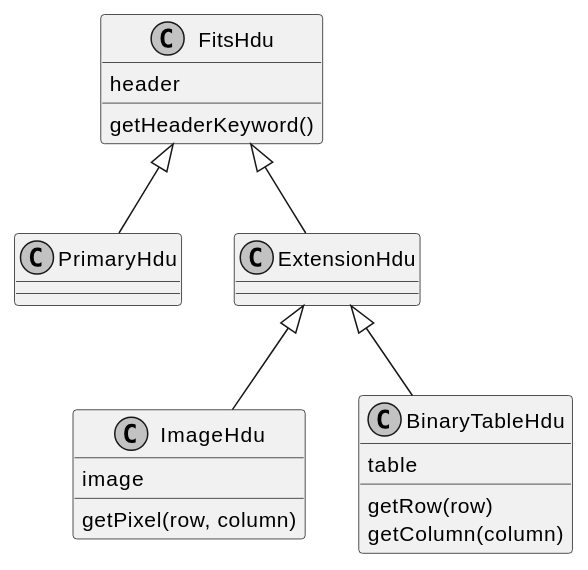
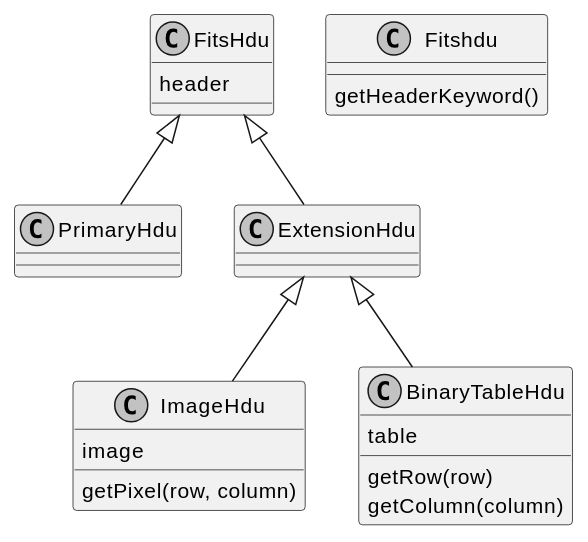
One commit to zot/Leisure changed the diagram in elisp/README.org. Above: the diagram before and after it, drawn with PlantUML. The commit also changed other lines of this file and 32 other files, not shown here.

```diff
--- a/elisp/README.org
+++ b/elisp/README.org
@@ -37,17 +76,17 @@
-#+begin_src plantuml :file /tmp/duh.svg :exports code
+#+BEGIN_src plantuml :file /tmp/duh.svg :exports code
 skinparam monochrome true
 FitsHdu <|-- PrimaryHdu
 FitsHdu <|-- ExtensionHdu
 
 FitsHdu : header
-FitsHdu : getHeaderKeyword()
+Fitshdu : getHeaderKeyword()
 
 ExtensionHdu <|-- ImageHdu
 ImageHdu : image
 ImageHdu : getPixel(row, column)
 
 ExtensionHdu <|-- BinaryTableHdu
 BinaryTableHdu : table
 BinaryTableHdu : getRow(row)
 BinaryTableHdu : getColumn(column)
-#+end_src
+#+END_src
```
